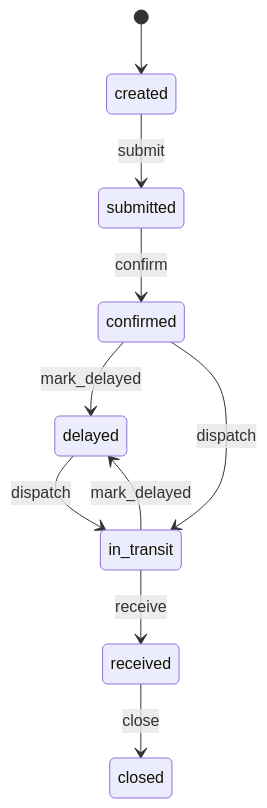
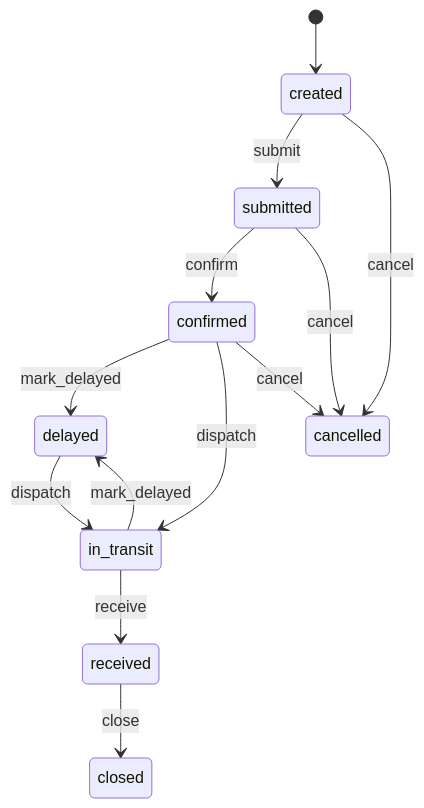
The fourth of 14 diagrams in docs/examples/procure-to-pay/specification.md (brunolnetto/sose), drawn with Mermaid before and after one commit. The commit also changed other lines of this file, not shown here.

````diff
--- a/docs/examples/procure-to-pay/specification.md
+++ b/docs/examples/procure-to-pay/specification.md
@@ -301,12 +301,15 @@
 ```mermaid
 stateDiagram-v2
     [*] --> created
     created --> submitted: submit
     submitted --> confirmed: confirm
     confirmed --> delayed: mark_delayed
     delayed --> in_transit: dispatch
     confirmed --> in_transit: dispatch
     in_transit --> delayed: mark_delayed
     in_transit --> received: receive
     received --> closed: close
+    created --> cancelled: cancel
+    submitted --> cancelled: cancel
+    confirmed --> cancelled: cancel
 ```
````
